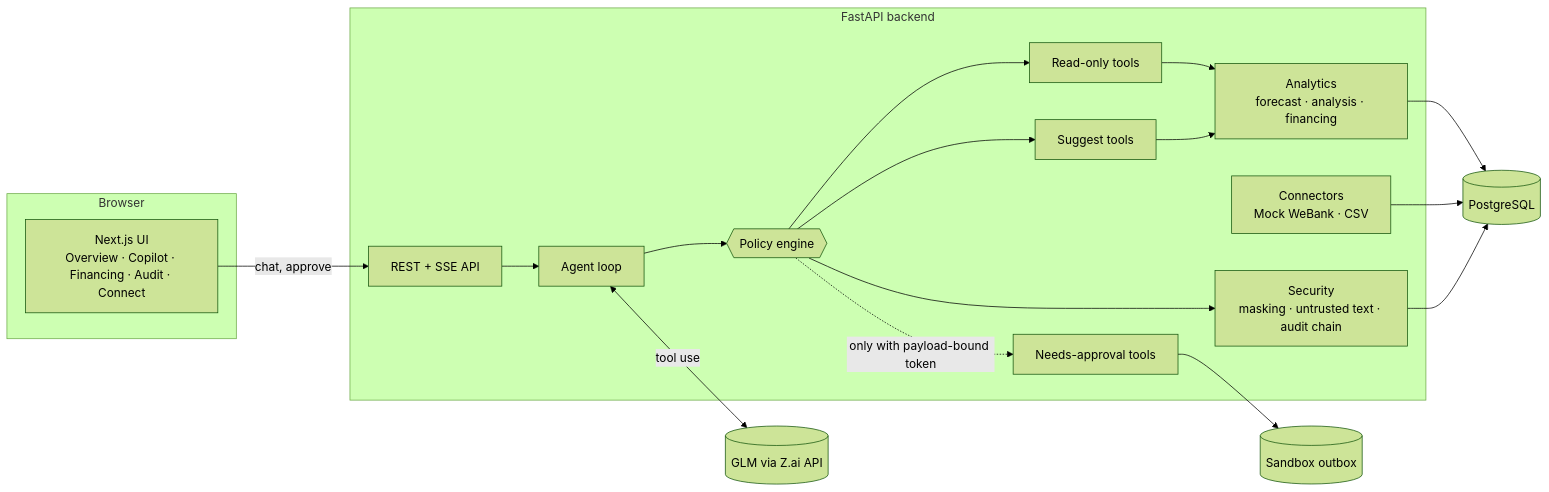
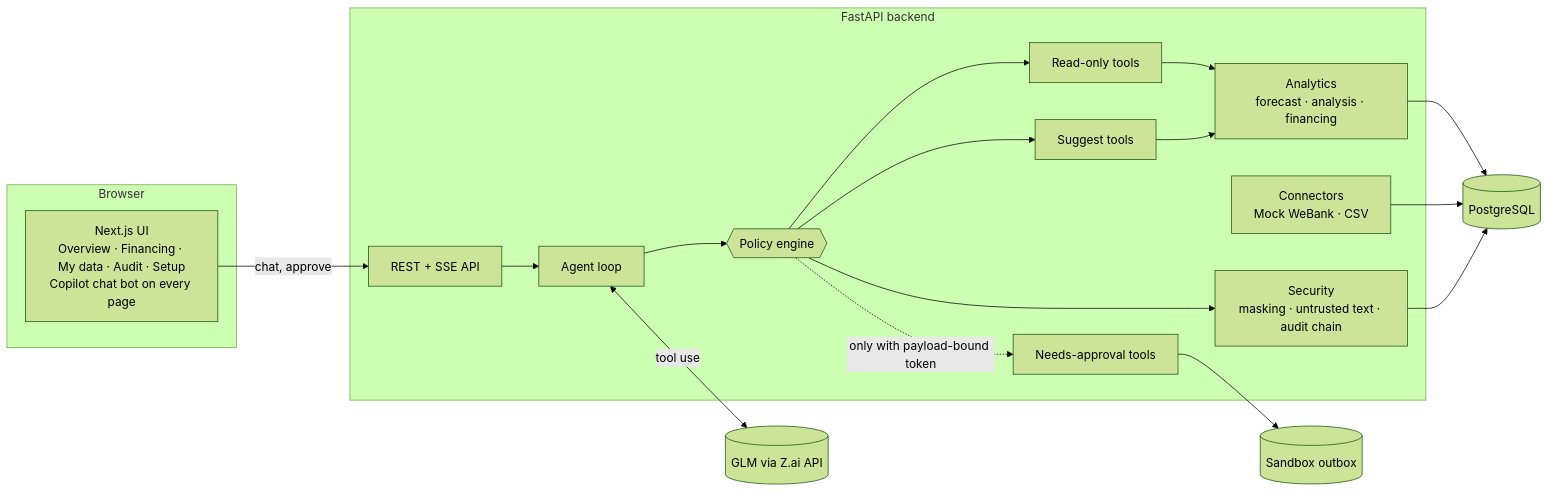
Before and after one commit to vireakpanhaccc/asparagus-smes-finance-copilot: the diagram in docs/architecture.md, drawn with Mermaid (forest theme). The commit also changed other lines of this file and 51 other files, not shown here.

Commit message:
change UI and merge data+connectBank route

````diff
--- a/docs/architecture.md
+++ b/docs/architecture.md
@@ -5,33 +5,33 @@
 ```mermaid
 flowchart LR
   subgraph Browser
-    UI[Next.js UI<br/>Overview · Copilot · Financing · Audit · Connect]
+    UI[Next.js UI<br/>Overview · Financing · My data · Audit · Setup<br/>Copilot chat bot on every page]
   end
   subgraph Backend[FastAPI backend]
     API[REST + SSE API]
     AG[Agent loop]
     PE{{Policy engine}}
     T1[Read-only tools]
     T2[Suggest tools]
     T3[Needs-approval tools]
     AN[Analytics<br/>forecast · analysis · financing]
     SEC[Security<br/>masking · untrusted text · audit chain]
     CON[Connectors<br/>Mock WeBank · CSV]
   end
   LLM[(GLM via Z.ai API)]
   DB[(PostgreSQL)]
   OUT[(Sandbox outbox)]
 
   UI -->|chat, approve| API
   API --> AG
   AG <-->|tool use| LLM
   AG --> PE
   PE --> T1 & T2
   PE -.->|only with payload-bound token| T3
   T1 & T2 --> AN
   T3 --> OUT
   AN --> DB
   CON --> DB
   PE --> SEC
   SEC --> DB
 ```
````
